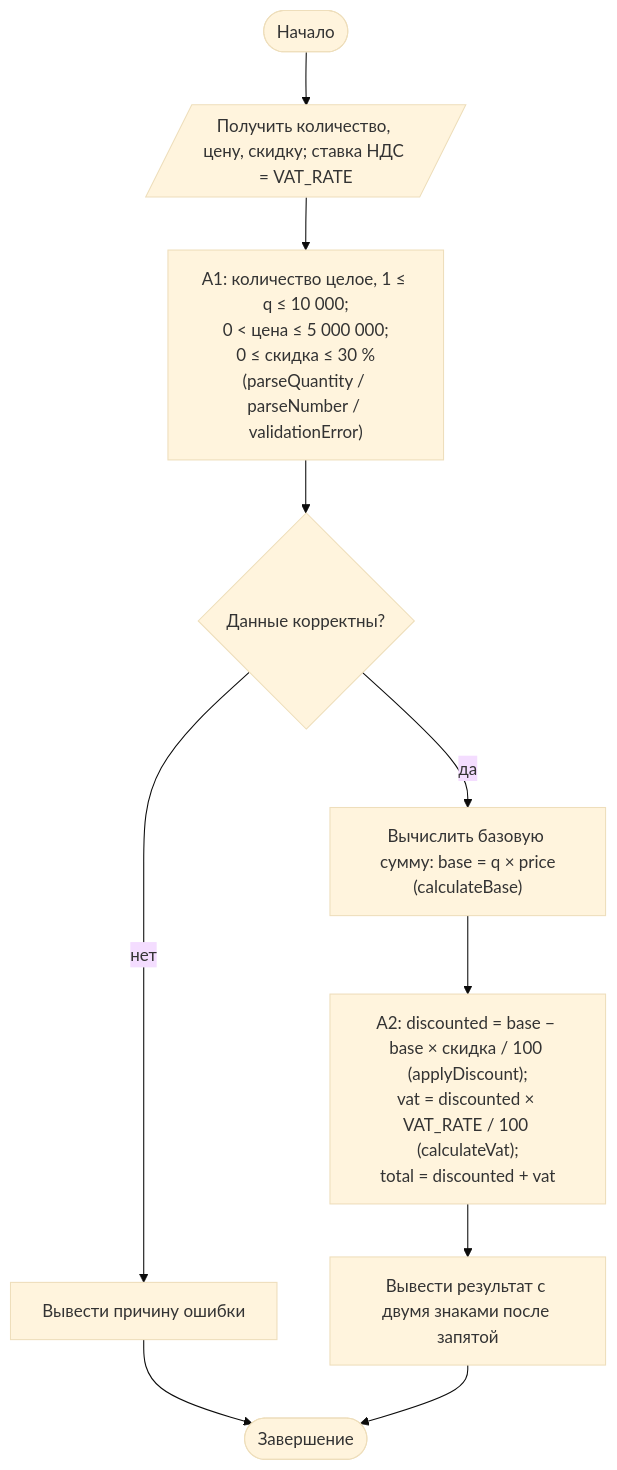
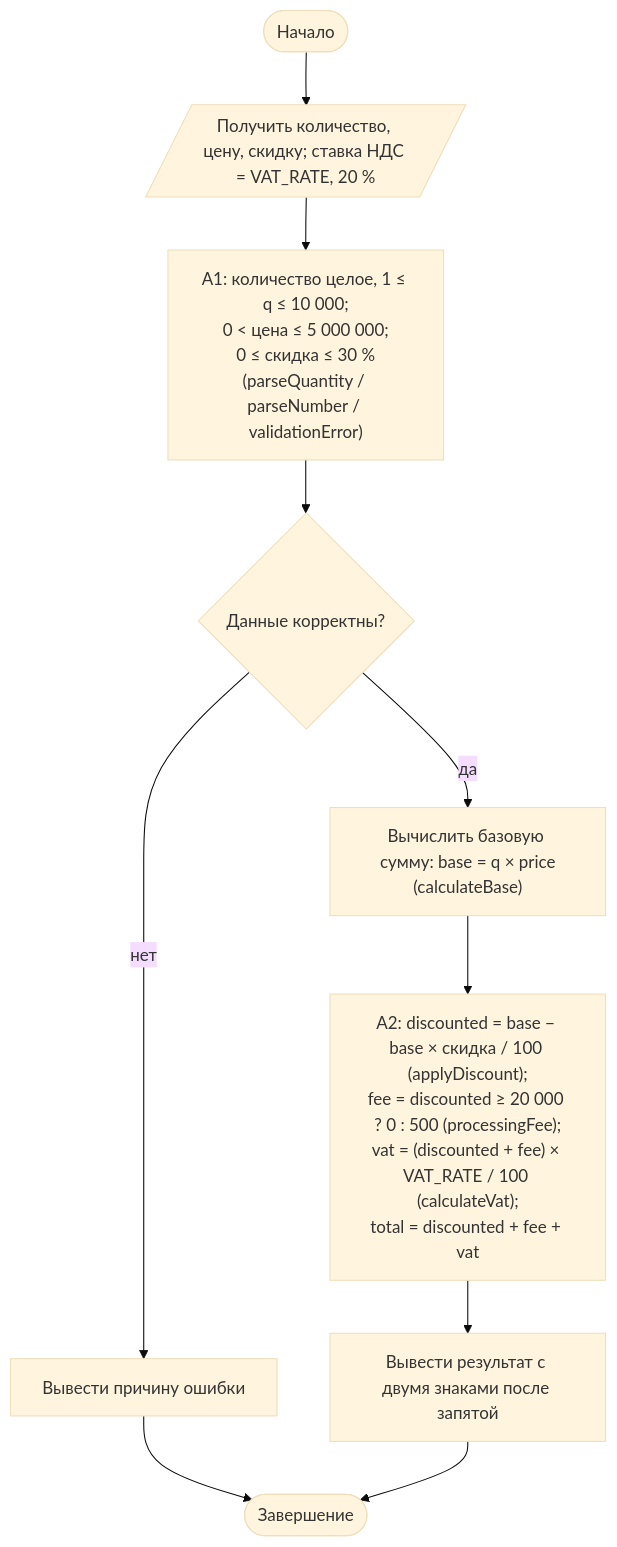
Before and after one commit to f1shi/java-practice: the first of 2 diagrams in pr03-04/README.md, drawn with Mermaid (base theme). The commit also changed other lines of this file and 68 other files, not shown here.

````diff
--- a/pr03-04/README.md
+++ b/pr03-04/README.md
@@ -20,10 +22,10 @@
 ```mermaid
 flowchart TD
-    S([Начало]) --> IN[/Получить количество, цену, скидку; ставка НДС = VAT_RATE/]
+    S([Начало]) --> IN[/"Получить количество, цену, скидку; ставка НДС = VAT_RATE, 20 %"/]
     IN --> A1["A1: количество целое, 1 ≤ q ≤ 10 000;<br/>0 < цена ≤ 5 000 000;<br/>0 ≤ скидка ≤ 30 %<br/>(parseQuantity / parseNumber / validationError)"]
     A1 --> D{Данные корректны?}
     D -- нет --> ERR[Вывести причину ошибки] --> E([Завершение])
     D -- да --> B["Вычислить базовую сумму: base = q × price<br/>(calculateBase)"]
-    B --> A2["A2: discounted = base − base × скидка / 100 (applyDiscount);<br/>vat = discounted × VAT_RATE / 100 (calculateVat);<br/>total = discounted + vat"]
+    B --> A2["A2: discounted = base − base × скидка / 100 (applyDiscount);<br/>fee = discounted ≥ 20 000 ? 0 : 500 (processingFee);<br/>vat = (discounted + fee) × VAT_RATE / 100 (calculateVat);<br/>total = discounted + fee + vat"]
     A2 --> OUT[Вывести результат с двумя знаками после запятой] --> E
 ```
````
